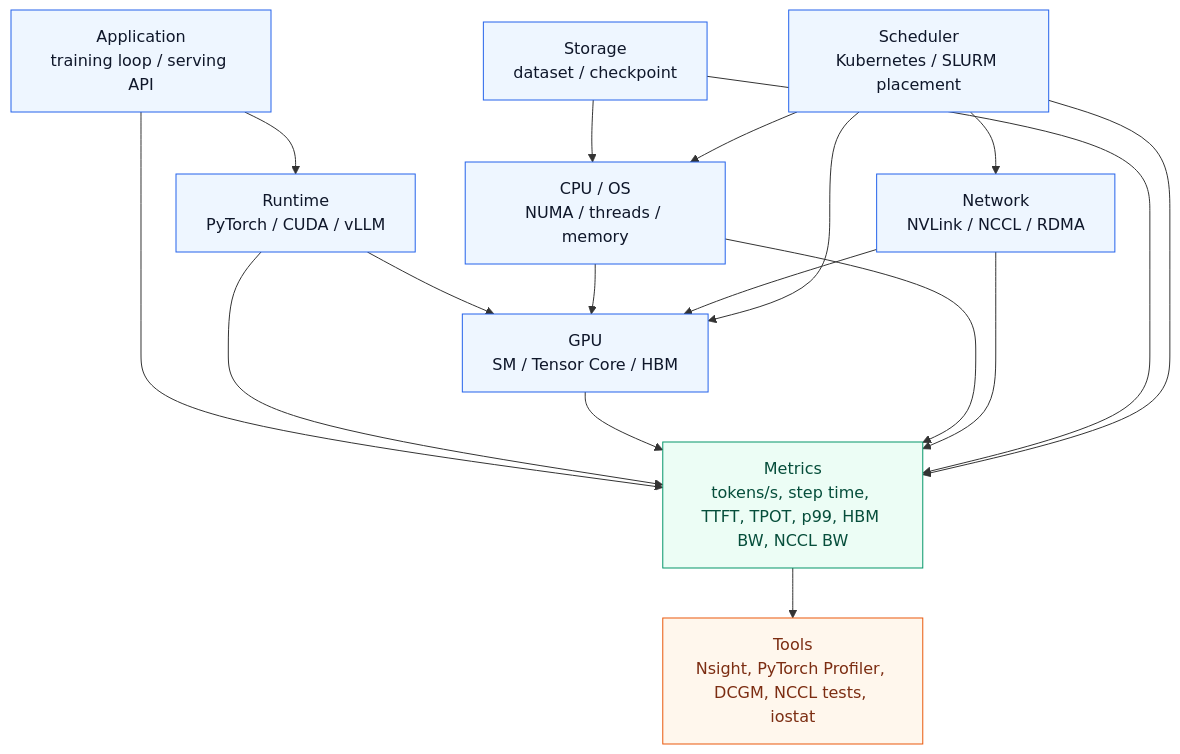
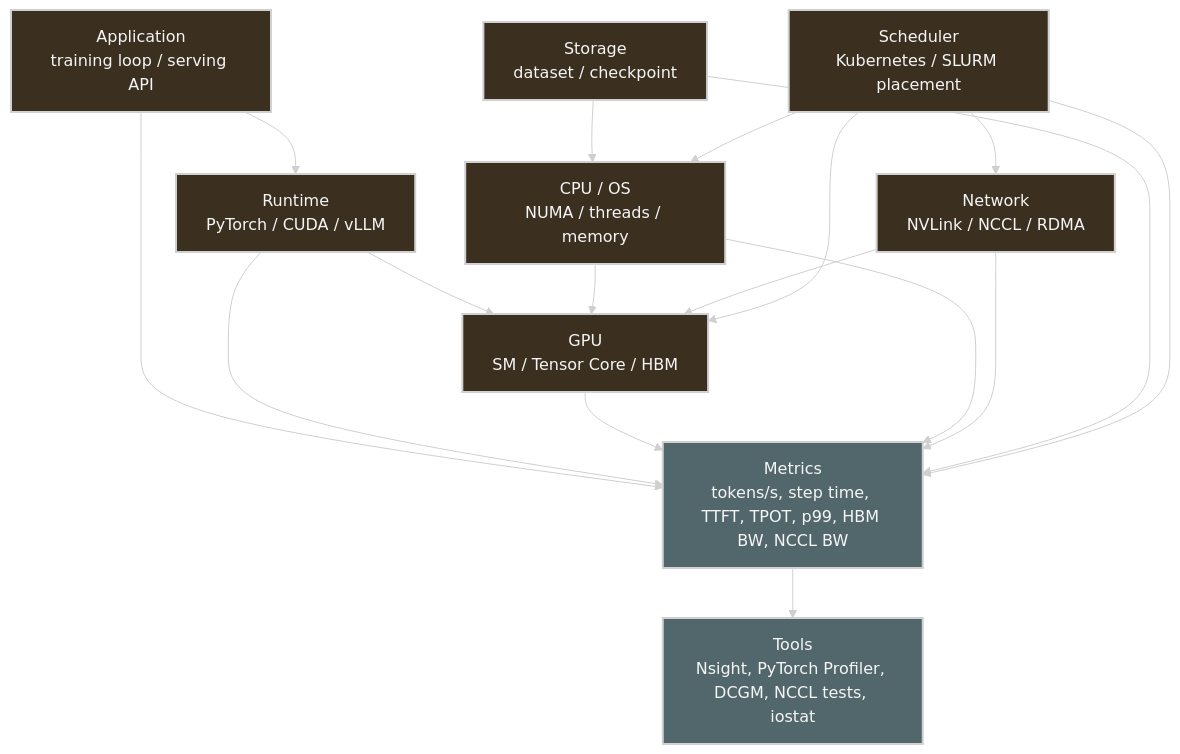
One commit to ziwon/ai-data-center-network changed the eighth of 9 diagrams in ai-system-performance-engineering/chap01/README.md. Above: the diagram before and after it, drawn with Mermaid. The commit also changed other lines of this file and 35 other files, not shown here.

Commit message:
docs(mermaid): apply dark diagram style

````diff
--- a/ai-system-performance-engineering/chap01/README.md
+++ b/ai-system-performance-engineering/chap01/README.md
@@ -430,34 +437,35 @@
 ```mermaid
+%%{init: {"theme": "base", "themeVariables": {"background": "#171717", "primaryColor": "#232323", "primaryTextColor": "#f5f5f5", "primaryBorderColor": "#d0d0d0", "lineColor": "#cfcfcf", "fontFamily": "Inter, Arial, sans-serif"}}}%%
 flowchart TB
-    classDef layer fill:#eef6ff,stroke:#2563eb,color:#0f172a
-    classDef metric fill:#ecfdf5,stroke:#059669,color:#064e3b
-    classDef tool fill:#fff7ed,stroke:#ea580c,color:#7c2d12
+    classDef layer fill:#3b2f20,stroke:#d0d0d0,color:#f5f5f5,stroke-width:2px;
+    classDef metric fill:#52676b,stroke:#d0d0d0,color:#f5f5f5,stroke-width:2px;
+    classDef tool fill:#52676b,stroke:#d0d0d0,color:#f5f5f5,stroke-width:2px;
 
     APP[Application<br/>training loop / serving API]:::layer
     RUNTIME[Runtime<br/>PyTorch / CUDA / vLLM]:::layer
     GPU[GPU<br/>SM / Tensor Core / HBM]:::layer
     CPU[CPU / OS<br/>NUMA / threads / memory]:::layer
     NET[Network<br/>NVLink / NCCL / RDMA]:::layer
     STORAGE[Storage<br/>dataset / checkpoint]:::layer
     SCHED[Scheduler<br/>Kubernetes / SLURM placement]:::layer
 
     M[Metrics<br/>tokens/s, step time, TTFT, TPOT, p99, HBM BW, NCCL BW]:::metric
     T[Tools<br/>Nsight, PyTorch Profiler, DCGM, NCCL tests, iostat]:::tool
 
     APP --> RUNTIME --> GPU
     CPU --> GPU
     NET --> GPU
     STORAGE --> CPU
     SCHED --> CPU
     SCHED --> GPU
     SCHED --> NET
 
     APP --> M
     RUNTIME --> M
     GPU --> M
     CPU --> M
     NET --> M
     STORAGE --> M
     SCHED --> M
     M --> T
 ```
````
